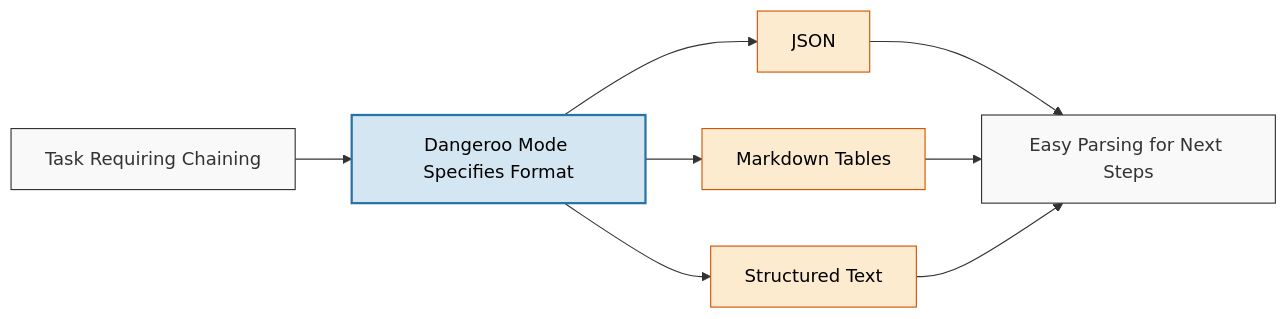
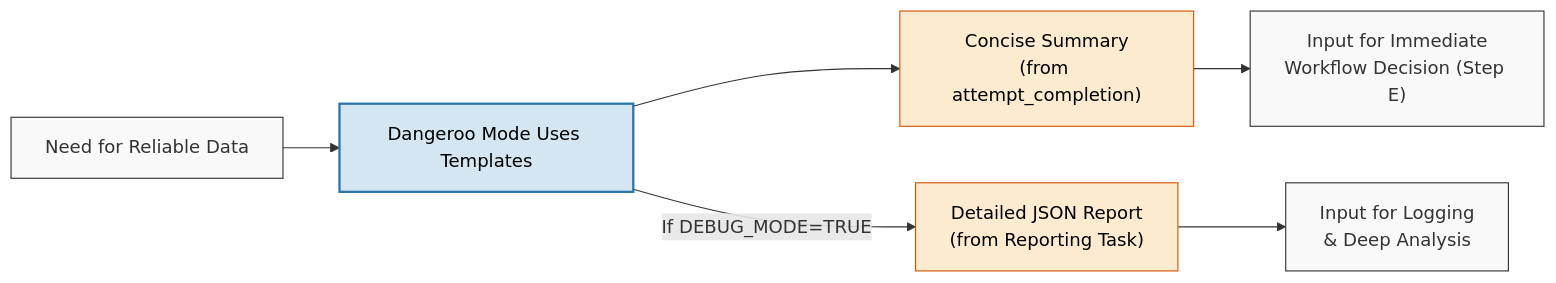
Before and after one commit to darrynv/dangeroo: the fifth of 5 diagrams in README.md, drawn with Mermaid. The commit also changed other lines of this file and 4 other files, not shown here.

Commit message:
Added in roo-logger, updated Dangeroo (Boomerang) mode with calls in specific instructions to check for DEBUG_MODE=TRUE in ./roo-docs/.env to then invoke logging of tasks

````diff
--- a/README.md
+++ b/README.md
@@ -239,19 +278,18 @@
-```mermaid
-flowchart LR
-    A["Task Requiring Chaining"] --> B["Dangeroo Mode Specifies Format"]
-    
-    B --> C["JSON"]
-    B --> D["Markdown Tables"]
-    B --> E["Structured Text"]
-    
-    C --> F["Easy Parsing for Next Steps"]
-    D --> F
-    E --> F
-    
-    classDef default fill:#f9f9f9,stroke:#333,stroke-width:1px,color:#333
-    classDef focus fill:#d4e6f1,stroke:#2874a6,stroke-width:2px,color:#000
-    classDef format fill:#fdebd0,stroke:#d35400,stroke-width:1px,color:#000
-    
-    class B focus
-    class C,D,E format
-```
+    ```mermaid
+    flowchart LR
+        A["Need for Reliable Data"] --> B["Dangeroo Mode Uses Templates"]
+
+        B --> C["Concise Summary\n(from attempt_completion)"]
+        B --"If DEBUG_MODE=TRUE"--> D["Detailed JSON Report\n(from Reporting Task)"]
+
+
+        C --> F["Input for Immediate\nWorkflow Decision (Step E)"]
+        D --> G["Input for Logging\n& Deep Analysis"]
+
+        classDef default fill:#f9f9f9,stroke:#333,stroke-width:1px,color:#333
+        classDef focus fill:#d4e6f1,stroke:#2874a6,stroke-width:2px,color:#000
+        classDef format fill:#fdebd0,stroke:#d35400,stroke-width:1px,color:#000
+
+        class B focus
+        class C,D format
+    ```
````
